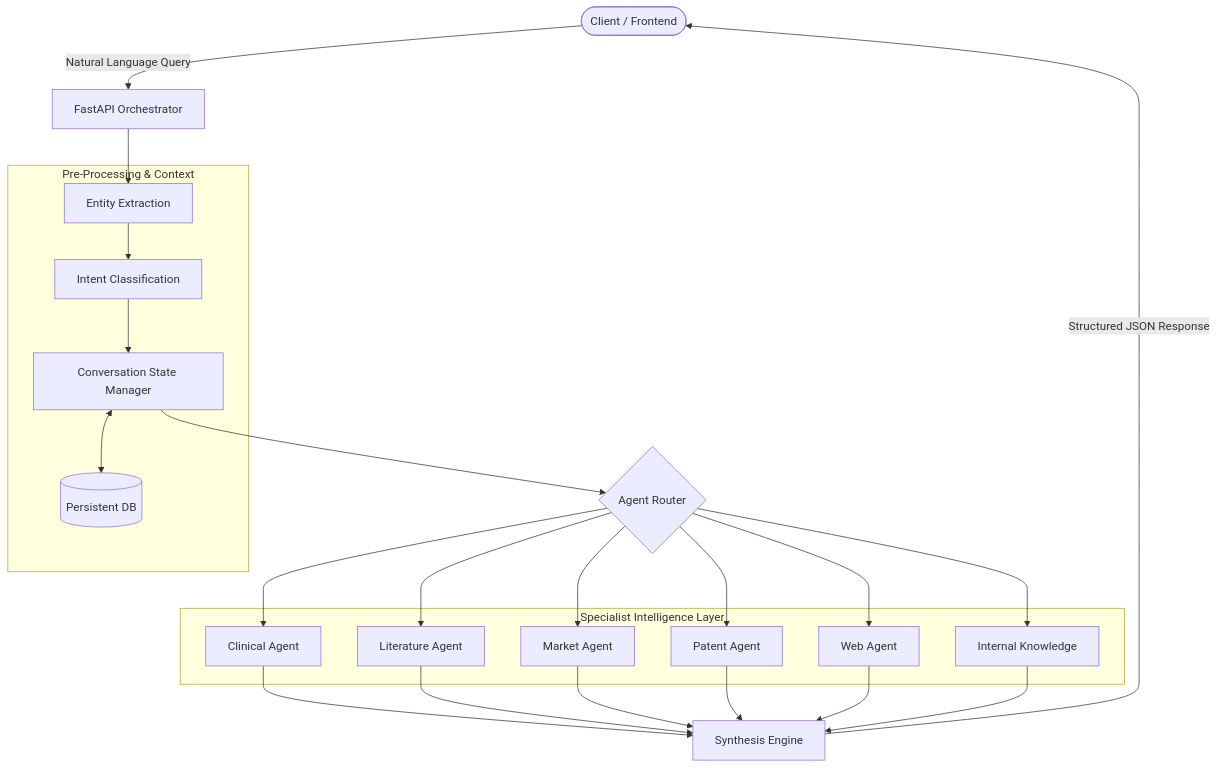
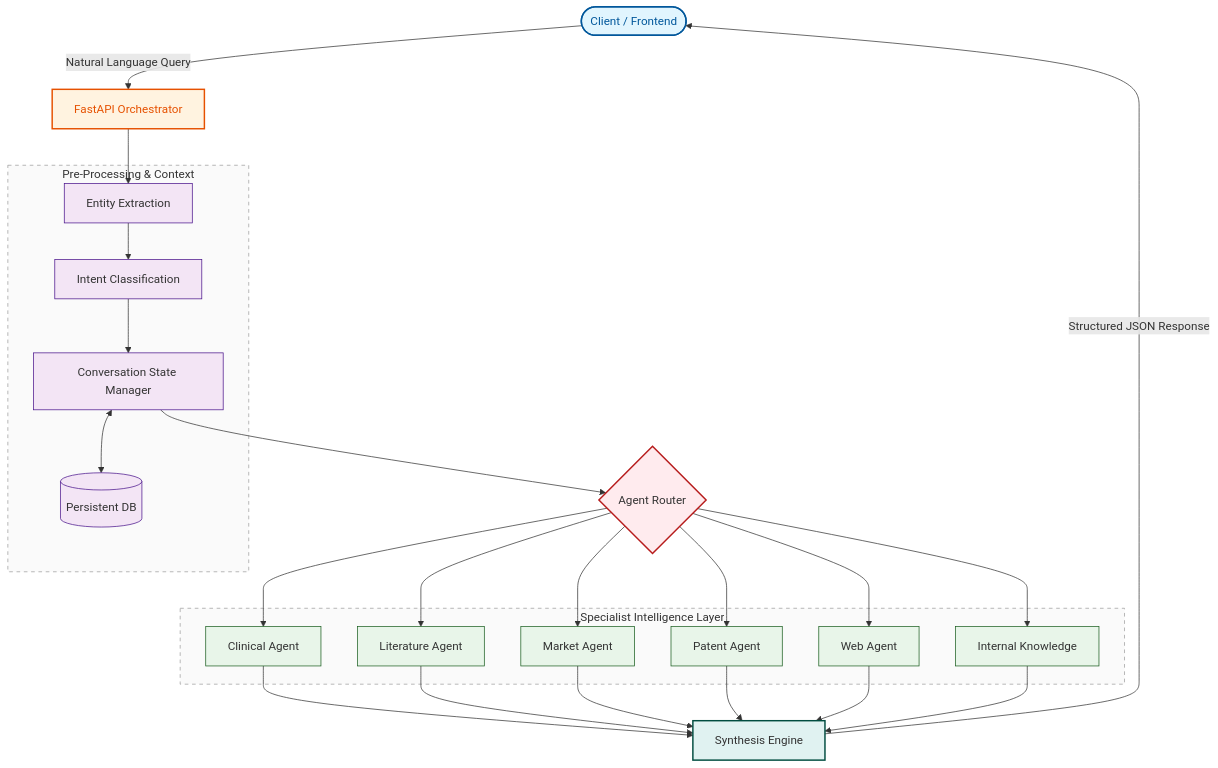
One commit to Devashish-Mishra-2003/NovusAI changed the diagram in README.md. Above: the diagram before and after it, drawn with Mermaid.

Commit message:
Revise architecture diagram in README
Updated the architecture diagram in the README to reflect changes in node definitions and flow connections.

````diff
--- a/README.md
+++ b/README.md
@@ -61,50 +61,61 @@
 ```mermaid
 graph TD
-    %% Nodes
+    %% Node Definitions
     User([Client / Frontend])
     Orch[FastAPI Orchestrator]
+    Router{Agent Router}
+    Synth[Synthesis Engine]
     
     subgraph ContextLayer [Pre-Processing & Context]
         Entity[Entity Extraction]
         Intent[Intent Classification]
         State[Conversation State Manager]
         DB[(Persistent DB)]
     end
-
-    Router{Agent Router}
 
     subgraph Agents [Specialist Intelligence Layer]
         Clin[Clinical Agent]
         Lit[Literature Agent]
         Mark[Market Agent]
         Pat[Patent Agent]
         Web[Web Agent]
         Int[Internal Knowledge]
     end
 
-    Synth[Synthesis Engine]
-
-    %% Flow
+    %% Flow Connections
     User -->|Natural Language Query| Orch
     Orch --> Entity
     Entity --> Intent
     Intent --> State
     State <--> DB
     State --> Router
 
     Router --> Clin
     Router --> Lit
     Router --> Mark
     Router --> Pat
     Router --> Web
     Router --> Int
 
-    Clin --> Synth
-    Lit --> Synth
-    Mark --> Synth
-    Pat --> Synth
-    Web --> Synth
-    Int --> Synth
+    Clin & Lit & Mark & Pat & Web & Int --> Synth
+    Synth -->|Structured JSON Response| User
 
-    Synth -->|Structured JSON Response| User
+    %% Styling / Beauty
+    classDef userNode fill:#e1f5fe,stroke:#01579b,stroke-width:2px,color:#01579b;
+    classDef orchNode fill:#fff3e0,stroke:#e65100,stroke-width:2px,color:#e65100;
+    classDef contextNode fill:#f3e5f5,stroke:#4a148c,stroke-width:1px;
+    classDef agentNode fill:#e8f5e9,stroke:#1b5e20,stroke-width:1px;
+    classDef routerNode fill:#ffebee,stroke:#b71c1c,stroke-width:2px;
+    classDef synthNode fill:#e0f2f1,stroke:#004d40,stroke-width:2px;
+
+    class User userNode;
+    class Orch orchNode;
+    class Entity,Intent,State,DB contextNode;
+    class Clin,Lit,Mark,Pat,Web,Int agentNode;
+    class Router routerNode;
+    class Synth synthNode;
+
+    %% Subgraph Styling
+    style ContextLayer fill:#fafafa,stroke:#9e9e9e,stroke-dasharray: 5 5
+    style Agents fill:#fafafa,stroke:#9e9e9e,stroke-dasharray: 5 5
 ```
````
